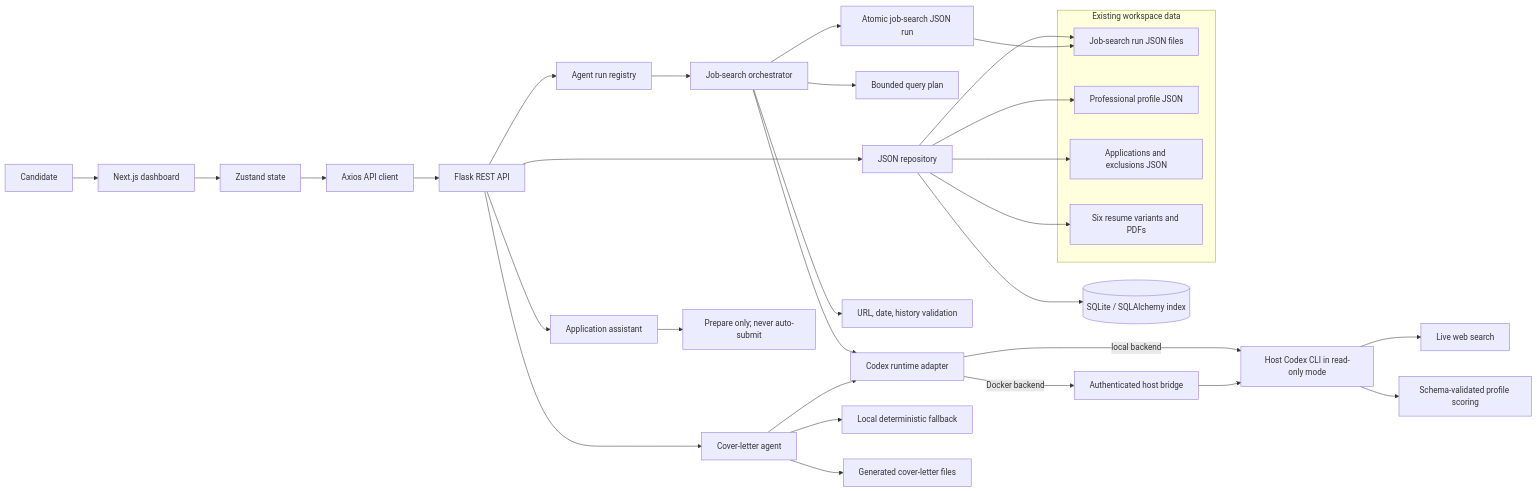
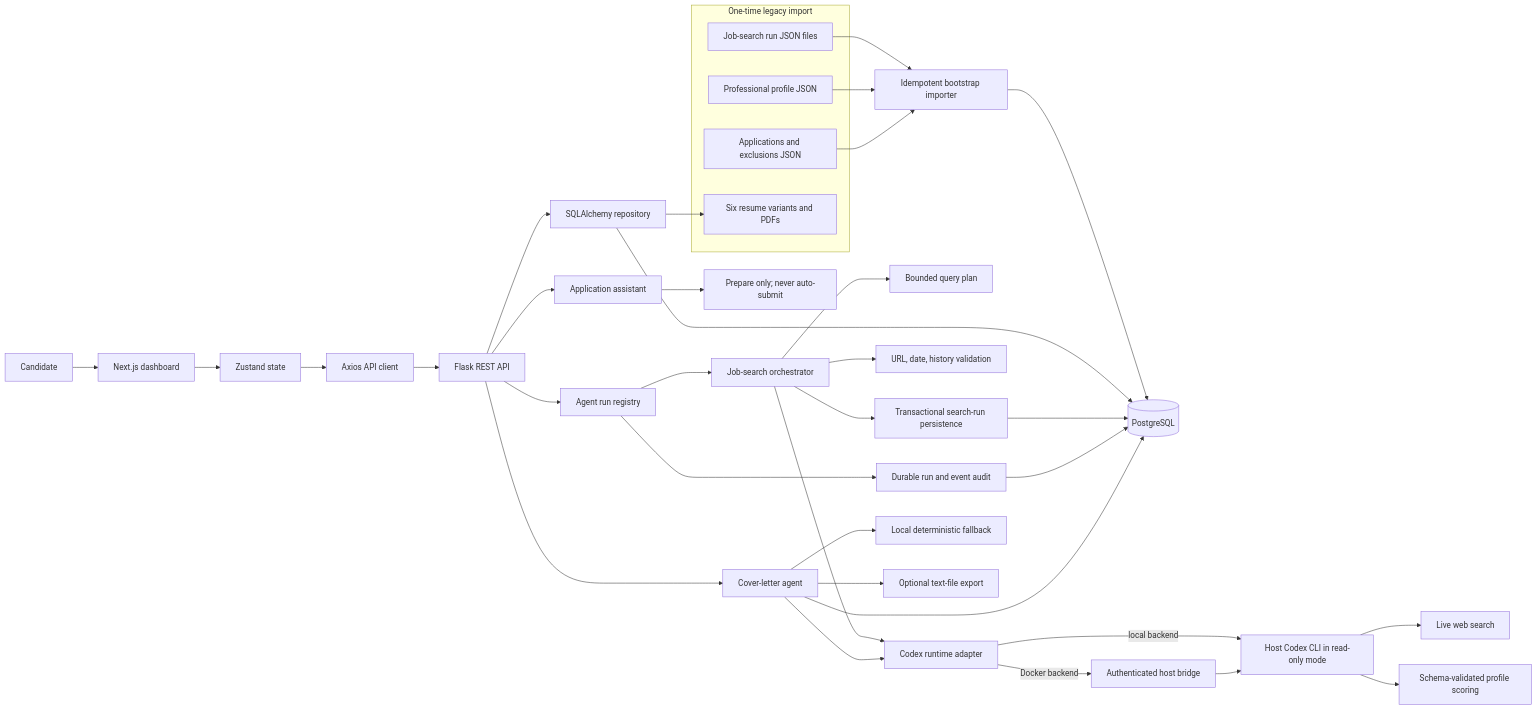
Before and after one commit to rodolrojas/job-search-dashboard: the diagram in docs/architecture.md, drawn with Mermaid. The commit also changed other lines of this file and 15 other files, not shown here.

Commit message:
Migrate backend storage to PostgreSQL

````diff
--- a/docs/architecture.md
+++ b/docs/architecture.md
@@ -3,41 +3,45 @@
 ```mermaid
 flowchart LR
   User[Candidate] --> UI[Next.js dashboard]
   UI --> Store[Zustand state]
   Store --> Client[Axios API client]
   Client --> API[Flask REST API]
 
-  subgraph Data[Existing workspace data]
+  subgraph Legacy[One-time legacy import]
     Runs[Job-search run JSON files]
     Profile[Professional profile JSON]
     History[Applications and exclusions JSON]
     Resumes[Six resume variants and PDFs]
   end
 
-  API --> Repo[JSON repository]
-  Repo --> Runs
-  Repo --> Profile
-  Repo --> History
+  Runs --> Import[Idempotent bootstrap importer]
+  Profile --> Import
+  History --> Import
+  Import --> PG[(PostgreSQL)]
+  API --> Repo[SQLAlchemy repository]
+  Repo --> PG
   Repo --> Resumes
-  Repo --> ORM[(SQLite / SQLAlchemy index)]
 
   API --> Runner[Agent run registry]
   Runner --> Agent[Job-search orchestrator]
   Agent --> Plan[Bounded query plan]
   Agent --> Runtime[Codex runtime adapter]
   Runtime -->|local backend| Codex[Host Codex CLI in read-only mode]
   Runtime -->|Docker backend| Bridge[Authenticated host bridge]
   Bridge --> Codex
   Codex --> Web[Live web search]
   Agent --> Validate[URL, date, history validation]
   Codex --> Score[Schema-validated profile scoring]
-  Agent --> Persist[Atomic job-search JSON run]
-  Persist --> Runs
+  Agent --> Persist[Transactional search-run persistence]
+  Persist --> PG
+  Runner --> Audit[Durable run and event audit]
+  Audit --> PG
   API --> Cover[Cover-letter agent]
   Cover --> Runtime
   Cover --> Drafts[Local deterministic fallback]
-  Cover --> Output[Generated cover-letter files]
+  Cover --> PG
+  Cover --> Output[Optional text-file export]
 
   Application[Application assistant] --> Guardrail[Prepare only; never auto-submit]
   API --> Application
 ```
````
